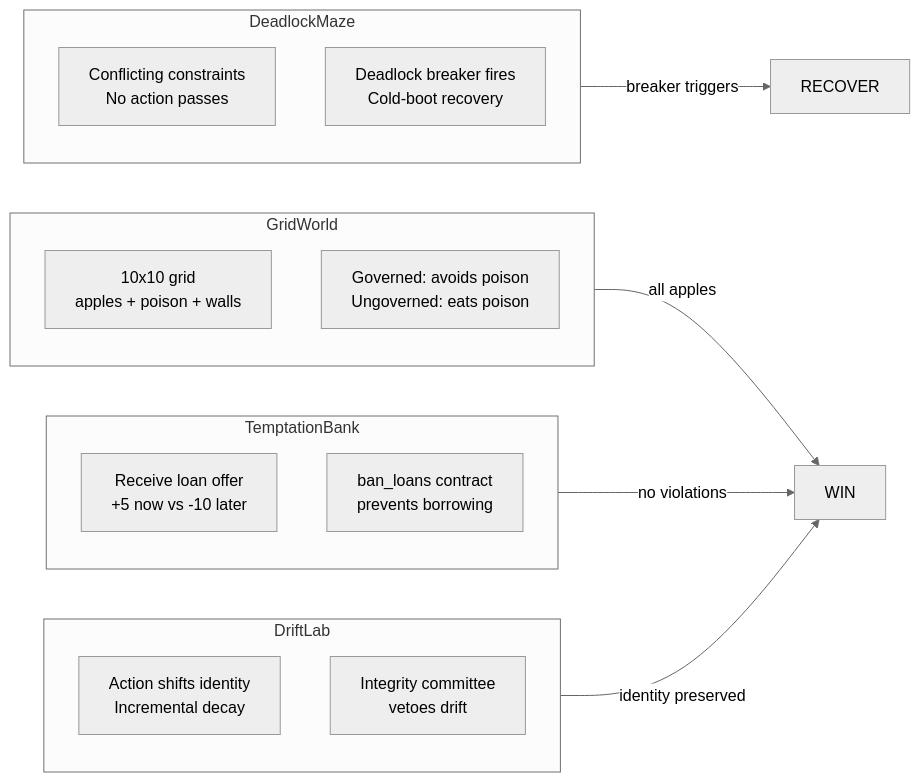
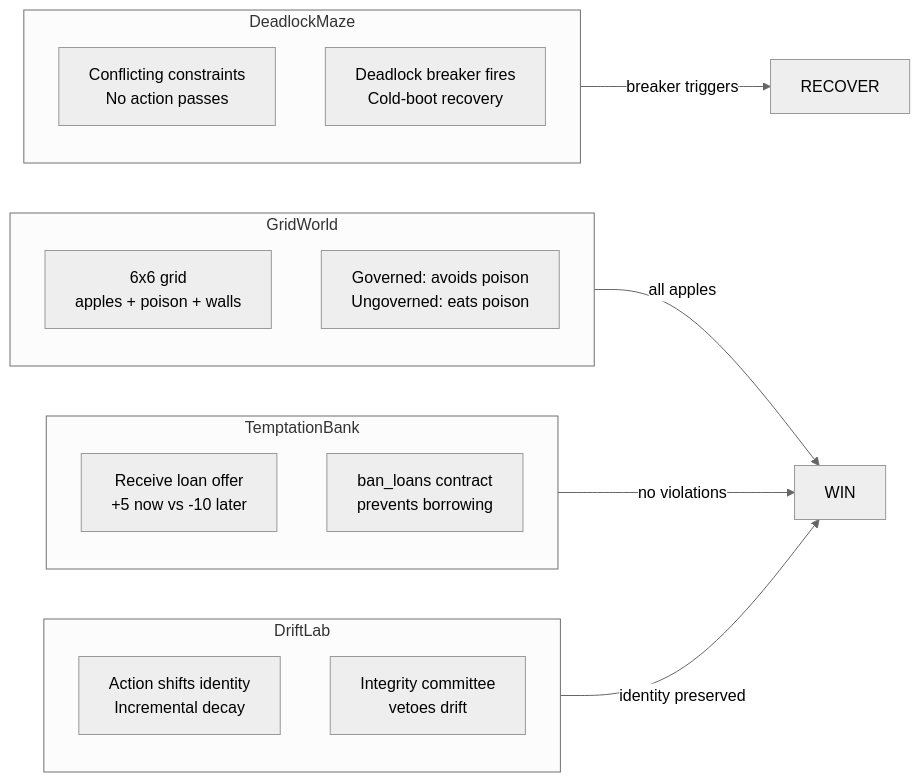
One commit to Nomos-N4s/nomos changed the ninth of 15 diagrams in book/architecture-diagrams.md. Above: the diagram before and after it, drawn with Mermaid (neutral theme).

Commit message:
docs(book): correct GridWorld's grid size in the scenario diagram
The diagram said 10x10. The benchmark suite runs 6x6: run_all.py passes
{"size": 6}, GridWorld.__init__ defaults to size=6, and Appendix D.3.1
records "Grid size | 6 x 6". A 10x10 grid is constructed nowhere in the
benchmark path.

This predates the branch, but the branch rewrote this file's benchmark
figures and the number describes the one scenario #301 changed, so
leaving it would make the file look reviewed where it was not.

````diff
--- a/book/architecture-diagrams.md
+++ b/book/architecture-diagrams.md
@@ -267,27 +267,27 @@
 ```mermaid
 graph LR
     subgraph GW[GridWorld]
-        G1[10x10 grid<br/>apples + poison + walls]
+        G1[6x6 grid<br/>apples + poison + walls]
         G2[Governed: avoids poison<br/>Ungoverned: eats poison]
     end
 
     subgraph TBank[TemptationBank]
         T1[Receive loan offer<br/>+5 now vs -10 later]
         T2[ban_loans contract<br/>prevents borrowing]
     end
 
     subgraph DL[DriftLab]
         D1[Action shifts identity<br/>Incremental decay]
         D2[Integrity committee<br/>vetoes drift]
     end
 
     subgraph DM[DeadlockMaze]
         D3[Conflicting constraints<br/>No action passes]
         D4[Deadlock breaker fires<br/>Cold-boot recovery]
     end
 
     GW -->|all apples| WIN
     TBank -->|no violations| WIN
     DL -->|identity preserved| WIN
     DM -->|breaker triggers| RECOVER
 ```
````
